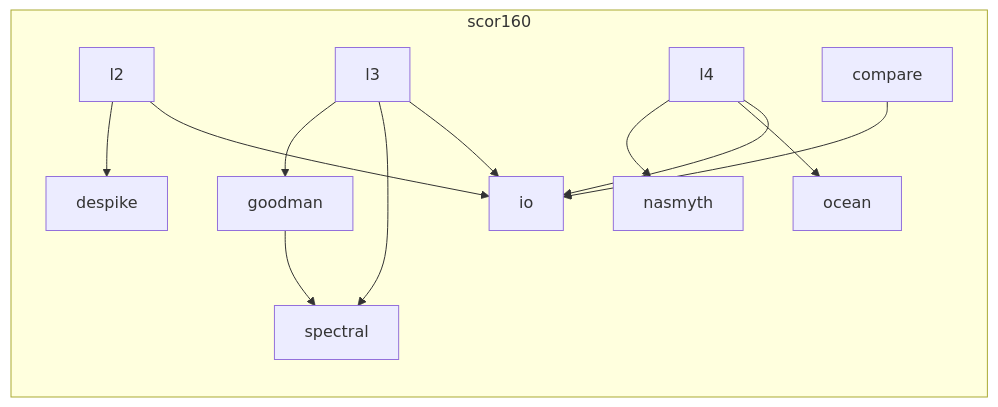
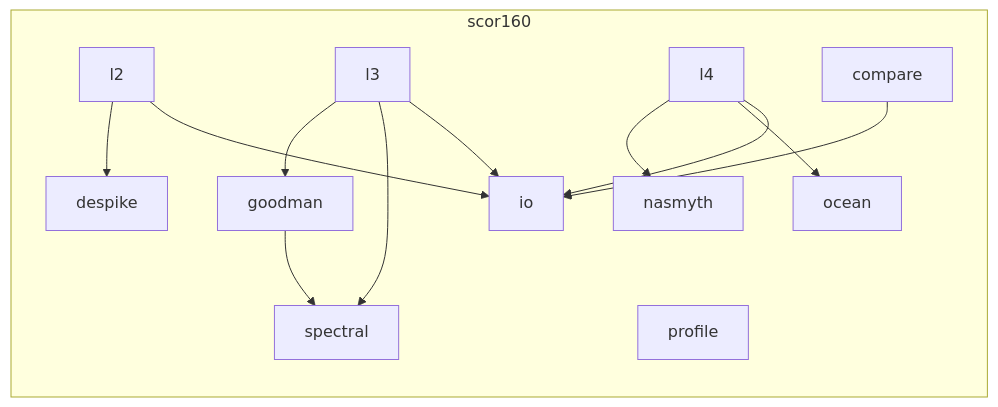
Before and after one commit to mousebrains/turbulence: the second of 6 diagrams in docs/ARCHITECTURE.md, drawn with Mermaid. The commit also changed other lines of this file and 10 other files, not shown here.

````diff
--- a/docs/ARCHITECTURE.md
+++ b/docs/ARCHITECTURE.md
@@ -70,20 +71,21 @@
 ```mermaid
 graph LR
     subgraph scor160
         ocean
         nasmyth
         spectral
         goodman --> spectral
         despike
+        profile
         io
         l2 --> despike
         l2 --> io
         l3 --> goodman
         l3 --> spectral
         l3 --> io
         l4 --> nasmyth
         l4 --> ocean
         l4 --> io
         compare --> io
     end
 ```
````
